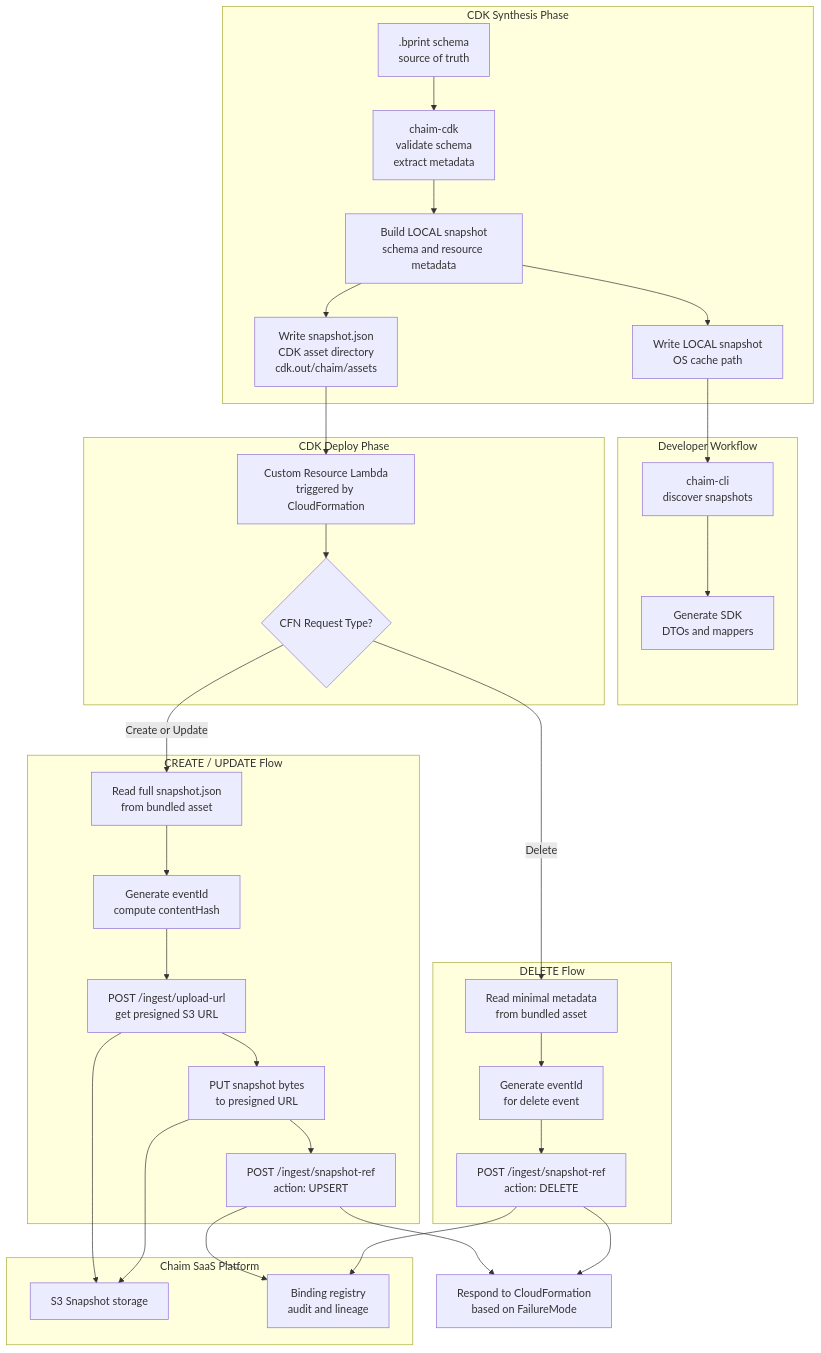
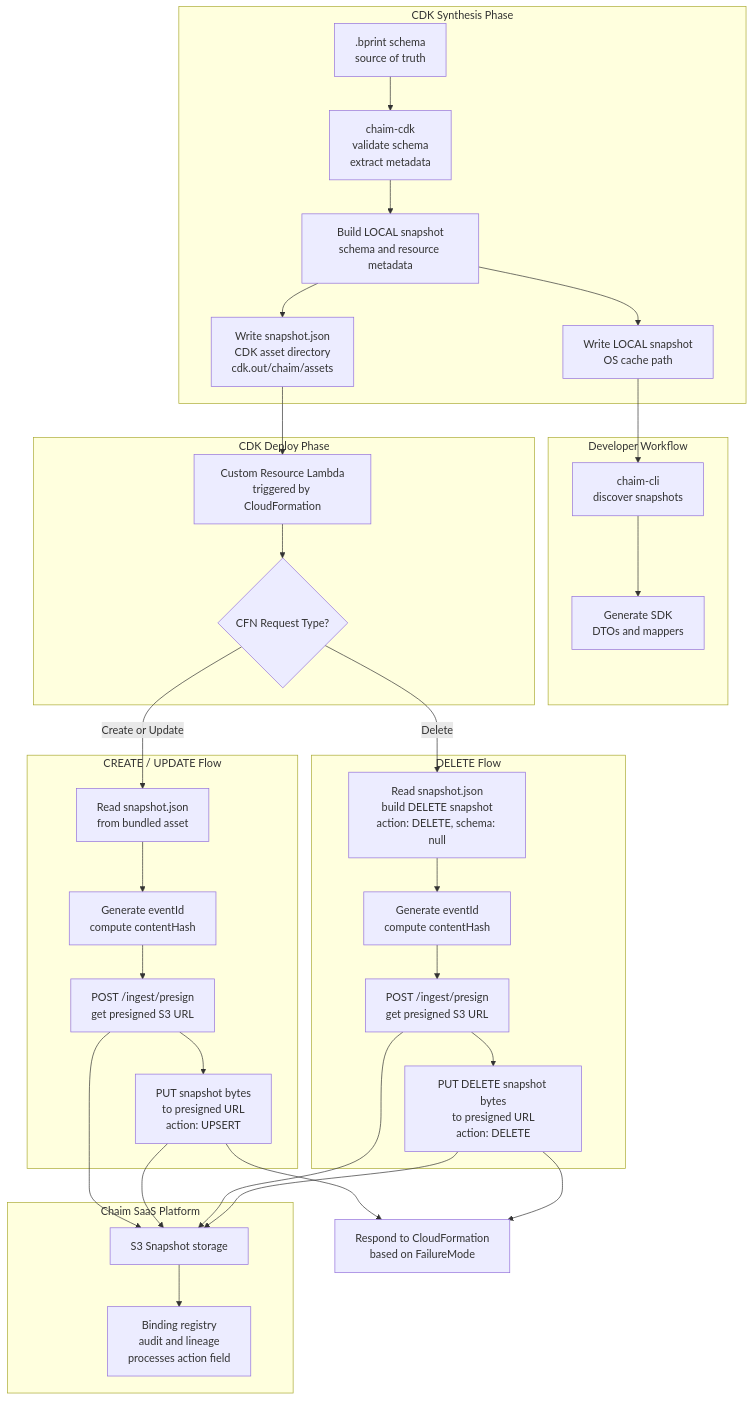
Before and after one commit to chaim-tools/chaim-cdk: the diagram in CHAIM_CONTEXT.md, drawn with Mermaid. The commit also changed other lines of this file and 38 other files, not shown here.

Commit message:
0.2.0 for bprint spec, added delete and upsert action in snapshot

````diff
--- a/CHAIM_CONTEXT.md
+++ b/CHAIM_CONTEXT.md
@@ -45,53 +45,54 @@
 ```mermaid
 flowchart TD
     %% Inputs
     A[.bprint schema<br/>source of truth]
 
     %% Synth time
     subgraph Synth[CDK Synthesis Phase]
         A --> B[chaim-cdk<br/>validate schema<br/>extract metadata]
         B --> C[Build LOCAL snapshot<br/>schema and resource metadata]
         C --> D[Write LOCAL snapshot<br/>OS cache path]
         C --> E[Write snapshot.json<br/>CDK asset directory<br/>cdk.out/chaim/assets]
     end
 
     %% CLI usage
     subgraph CLI[Developer Workflow]
         D --> F[chaim-cli<br/>discover snapshots]
         F --> G[Generate SDK<br/>DTOs and mappers]
     end
 
     %% Deploy time - CFN triggers Lambda
     subgraph Deploy[CDK Deploy Phase]
         E --> H[Custom Resource Lambda<br/>triggered by CloudFormation]
         H --> CFN{CFN Request Type?}
     end
 
-    %% CREATE/UPDATE path (identical flow, both use UPSERT)
+    %% CREATE/UPDATE path (UPSERT flow)
     subgraph UpsertFlow[CREATE / UPDATE Flow]
-        CFN -->|Create or Update| U1[Read full snapshot.json<br/>from bundled asset]
+        CFN -->|Create or Update| U1[Read snapshot.json<br/>from bundled asset]
         U1 --> U2[Generate eventId<br/>compute contentHash]
-        U2 --> U3[POST /ingest/upload-url<br/>get presigned S3 URL]
-        U3 --> U4[PUT snapshot bytes<br/>to presigned URL]
-        U4 --> U5[POST /ingest/snapshot-ref<br/>action: UPSERT]
+        U2 --> U3[POST /ingest/presign<br/>get presigned S3 URL]
+        U3 --> U4[PUT snapshot bytes<br/>to presigned URL<br/>action: UPSERT]
     end
 
-    %% DELETE path
+    %% DELETE path (same presigned upload flow)
     subgraph DeleteFlow[DELETE Flow]
-        CFN -->|Delete| D1[Read minimal metadata<br/>from bundled asset]
-        D1 --> D2[Generate eventId<br/>for delete event]
-        D2 --> D3[POST /ingest/snapshot-ref<br/>action: DELETE]
+        CFN -->|Delete| D1[Read snapshot.json<br/>build DELETE snapshot<br/>action: DELETE, schema: null]
+        D1 --> D2[Generate eventId<br/>compute contentHash]
+        D2 --> D3[POST /ingest/presign<br/>get presigned S3 URL]
+        D3 --> D4[PUT DELETE snapshot bytes<br/>to presigned URL<br/>action: DELETE]
     end
 
     %% SaaS interactions
     subgraph SaaS[Chaim SaaS Platform]
         U3 --> S1[S3 Snapshot storage]
         U4 --> S1
-        U5 --> S2[Binding registry<br/>audit and lineage]
-        D3 --> S2
+        D3 --> S1
+        D4 --> S1
+        S1 --> S2[Binding registry<br/>audit and lineage<br/>processes action field]
     end
 
     %% CFN responses
-    U5 --> R[Respond to CloudFormation<br/>based on FailureMode]
-    D3 --> R
+    U4 --> R[Respond to CloudFormation<br/>based on FailureMode]
+    D4 --> R
 ```
````
